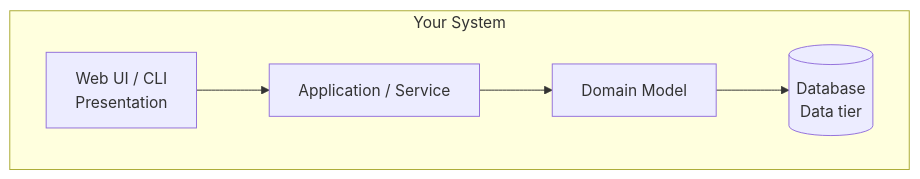
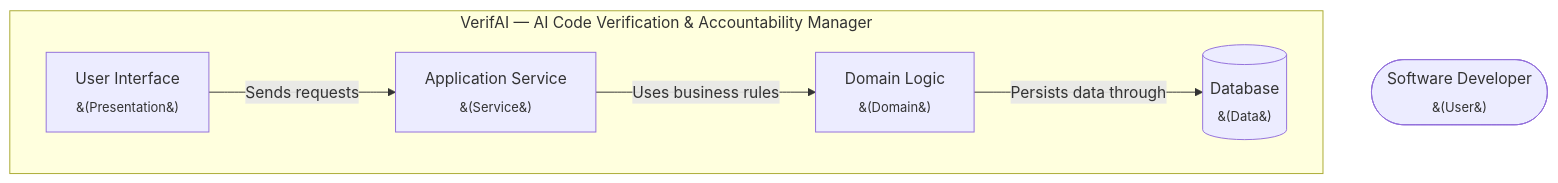
One commit to ASantana0924/cen5064-project-santana changed the second of 4 diagrams in README.md. Above: the diagram before and after it, drawn with Mermaid. The commit also changed other lines of this file, not shown here.

First line of the commit message:
L2 studio: C4 + class diagram

````diff
--- a/README.md
+++ b/README.md
@@ -50,9 +50,14 @@
 ```mermaid
 %% Container view: your containers should match the tier table above.
 flowchart TB
-    subgraph YourSystem [Your System]
-        ui[Web UI / CLI<br/>Presentation] --> api[Application / Service]
-        api --> domain[Domain Model]
-        domain --> db[(Database<br/>Data tier)]
-    end
+    developer([Software Developer<br/><sub>&#40;User&#41;</sub>])
+    subgraph verifai["VerifAI — AI Code Verification & Accountability Manager"]
+    ui["User Interface<br/><sub>&#40;Presentation&#41;</sub>"]
+    service["Application Service<br/><sub>&#40;Service&#41;</sub>"]
+    domain["Domain Logic<br/><sub>&#40;Domain&#41;</sub>"]
+    database[("Database<br/><sub>&#40;Data&#41;</sub>")]
+    ui -->|Sends requests| service
+    service -->|Uses business rules| domain
+    domain -->|Persists data through| database
+end
 ```
````
